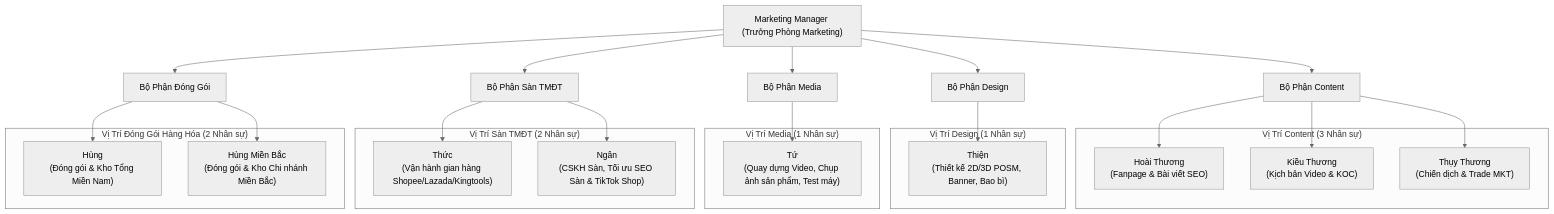
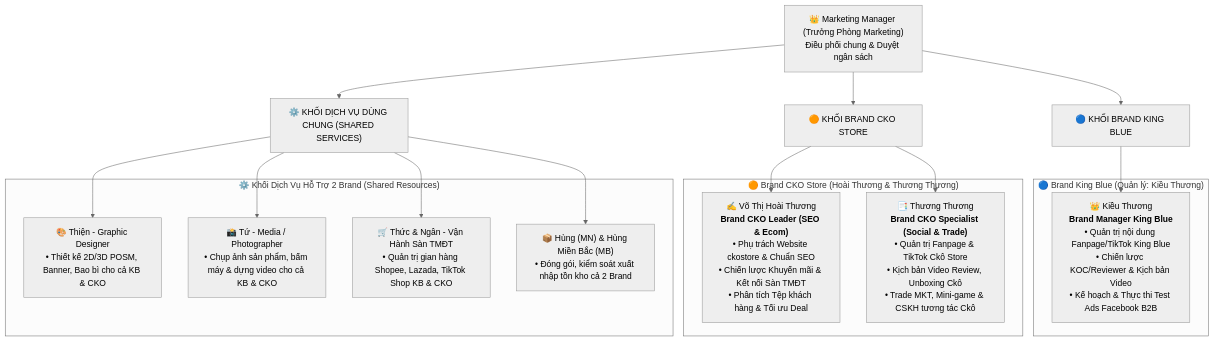
Before and after one commit to duykoolhp1996/KingBlue-Marketing-System: the diagram in org_chart_marketing_kingblue.md, drawn with Mermaid (neutral theme). The commit also changed other lines of this file and 24 other files, not shown here.

Commit message:
feat: tich hop dashboard TikTok Cko Store Q3, cap nhat bao cao cac kenh marketing va tai lieu quan tri

````diff
--- a/org_chart_marketing_kingblue.md
+++ b/org_chart_marketing_kingblue.md
@@ -9,44 +13,32 @@
 ```mermaid
 flowchart TD
-    MM["Marketing Manager (Trưởng Phòng Marketing)"]
+    MM["👑 Marketing Manager (Trưởng Phòng Marketing)<br/>Điều phối chung & Duyệt ngân sách"]
     
-    MM --> B_CONTENT["Bộ Phận Content"]
-    MM --> B_DESIGN["Bộ Phận Design"]
-    MM --> B_MEDIA["Bộ Phận Media"]
-    MM --> B_ECOM["Bộ Phận Sàn TMĐT"]
-    MM --> B_FULFILL["Bộ Phận Đóng Gói"]
+    MM --> BRAND_KB["🔵 KHỐI BRAND KING BLUE"]
+    MM --> BRAND_CKO["🟠 KHỐI BRAND CKO STORE"]
+    MM --> SHARED["⚙️ KHỐI DỊCH VỤ DÙNG CHUNG (SHARED SERVICES)"]
 
-    subgraph Content ["Vị Trí Content (3 Nhân sự)"]
-        HT["Hoài Thương<br/>(Fanpage & Bài viết SEO)"]
-        KT["Kiều Thương<br/>(Kịch bản Video & KOC)"]
-        TT["Thụy Thương<br/>(Chiến dịch & Trade MKT)"]
+    subgraph BrandKingBlue ["🔵 Brand King Blue (Quản lý: Kiều Thương)"]
+        KT["👑 Kiều Thương<br/><b>Brand Manager King Blue</b><br/>• Quản trị nội dung Fanpage/TikTok King Blue<br/>• Chiến lược KOC/Reviewer & Kịch bản Video<br/>• Kế hoạch & Thực thi Test Ads Facebook B2B"]
     end
 
-    subgraph Design ["Vị Trí Design (1 Nhân sự)"]
-        THIEN["Thiện<br/>(Thiết kế 2D/3D POSM, Banner, Bao bì)"]
+    subgraph BrandCKO ["🟠 Brand CKO Store (Hoài Thương & Thương Thương)"]
+        HT["✍️ Võ Thị Hoài Thương<br/><b>Brand CKO Leader (SEO & Ecom)</b><br/>• Phụ trách Website ckostore & Chuẩn SEO<br/>• Chiến lược Khuyến mãi & Kết nối Sàn TMĐT<br/>• Phân tích Tệp khách hàng & Tối ưu Deal"]
+        TT["📑 Thương Thương<br/><b>Brand CKO Specialist (Social & Trade)</b><br/>• Quản trị Fanpage & TikTok Ckô Store<br/>• Kịch bản Video Review, Unboxing Ckô<br/>• Trade MKT, Mini-game & CSKH tương tác Ckô"]
     end
 
-    subgraph Media ["Vị Trí Media (1 Nhân sự)"]
-        TU["Tứ<br/>(Quay dựng Video, Chụp ảnh sản phẩm, Test máy)"]
+    subgraph SharedServices ["⚙️ Khối Dịch Vụ Hỗ Trợ 2 Brand (Shared Resources)"]
+        THIEN["🎨 Thiện - Graphic Designer<br/>• Thiết kế 2D/3D POSM, Banner, Bao bì cho cả KB & CKO"]
+        TU["📸 Tứ - Media / Photographer<br/>• Chụp ảnh sản phẩm, bấm máy & dựng video cho cả KB & CKO"]
+        ECOM["🛒 Thức & Ngân - Vận Hành Sàn TMĐT<br/>• Quản trị gian hàng Shopee, Lazada, TikTok Shop KB & CKO"]
+        KHO["📦 Hùng (MN) & Hùng Miền Bắc (MB)<br/>• Đóng gói, kiểm soát xuất nhập tồn kho cả 2 Brand"]
     end
 
-    subgraph Ecom ["Vị Trí Sàn TMĐT (2 Nhân sự)"]
-        THUC["Thức<br/>(Vận hành gian hàng Shopee/Lazada/Kingtools)"]
-        NGAN["Ngân<br/>(CSKH Sàn, Tối ưu SEO Sàn & TikTok Shop)"]
-    end
-
-    subgraph Fulfill ["Vị Trí Đóng Gói Hàng Hóa (2 Nhân sự)"]
-        HUNG_MN["Hùng<br/>(Đóng gói & Kho Tổng Miền Nam)"]
-        HUNG_MB["Hùng Miền Bắc<br/>(Đóng gói & Kho Chi nhánh Miền Bắc)"]
-    end
-
-    B_CONTENT --> HT
-    B_CONTENT --> KT
-    B_CONTENT --> TT
-    B_DESIGN --> THIEN
-    B_MEDIA --> TU
-    B_ECOM --> THUC
-    B_ECOM --> NGAN
-    B_FULFILL --> HUNG_MN
-    B_FULFILL --> HUNG_MB
+    BRAND_KB --> KT
+    BRAND_CKO --> HT
+    BRAND_CKO --> TT
+    SHARED --> THIEN
+    SHARED --> TU
+    SHARED --> ECOM
+    SHARED --> KHO
 ```
````
